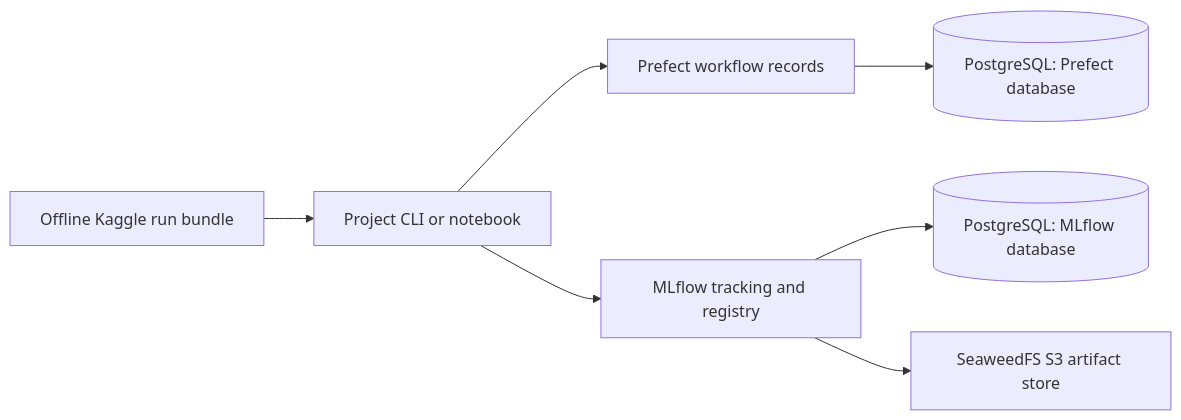
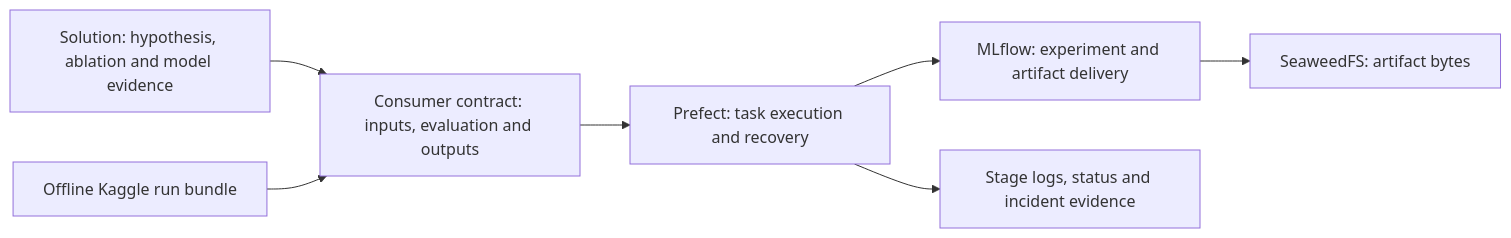
One commit to cttsai1985/ml-infrastructure changed the diagram in README.md. Above: the diagram before and after it, drawn with Mermaid. The commit also changed other lines of this file and 10 other files, not shown here.

````diff
--- a/README.md
+++ b/README.md
@@ -7,9 +17,9 @@
 ```mermaid
 flowchart LR
-    R[Project CLI or notebook] --> P[Prefect workflow records]
-    R --> M[MLflow tracking and registry]
-    P --> DB[(PostgreSQL: Prefect database)]
-    M --> MD[(PostgreSQL: MLflow database)]
-    M --> S[SeaweedFS S3 artifact store]
-    K[Offline Kaggle run bundle] --> R
+    S[Solution: hypothesis, ablation and model evidence] --> C[Consumer contract: inputs, evaluation and outputs]
+    C --> P[Prefect: task execution and recovery]
+    P --> M[MLflow: experiment and artifact delivery]
+    M --> O[SeaweedFS: artifact bytes]
+    P --> L[Stage logs, status and incident evidence]
+    K[Offline Kaggle run bundle] --> C
 ```
````
